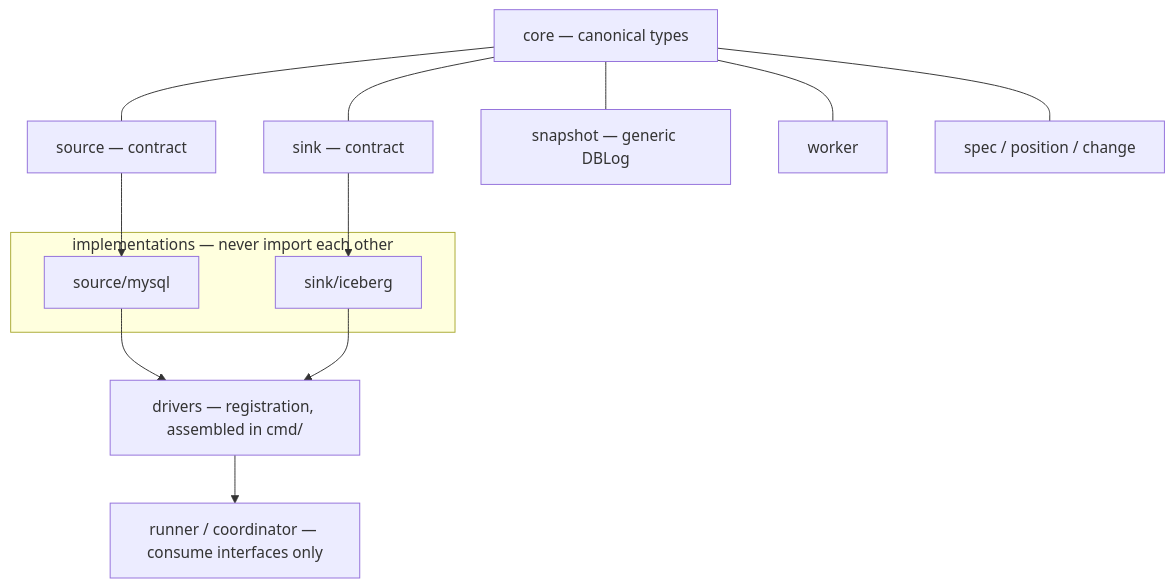
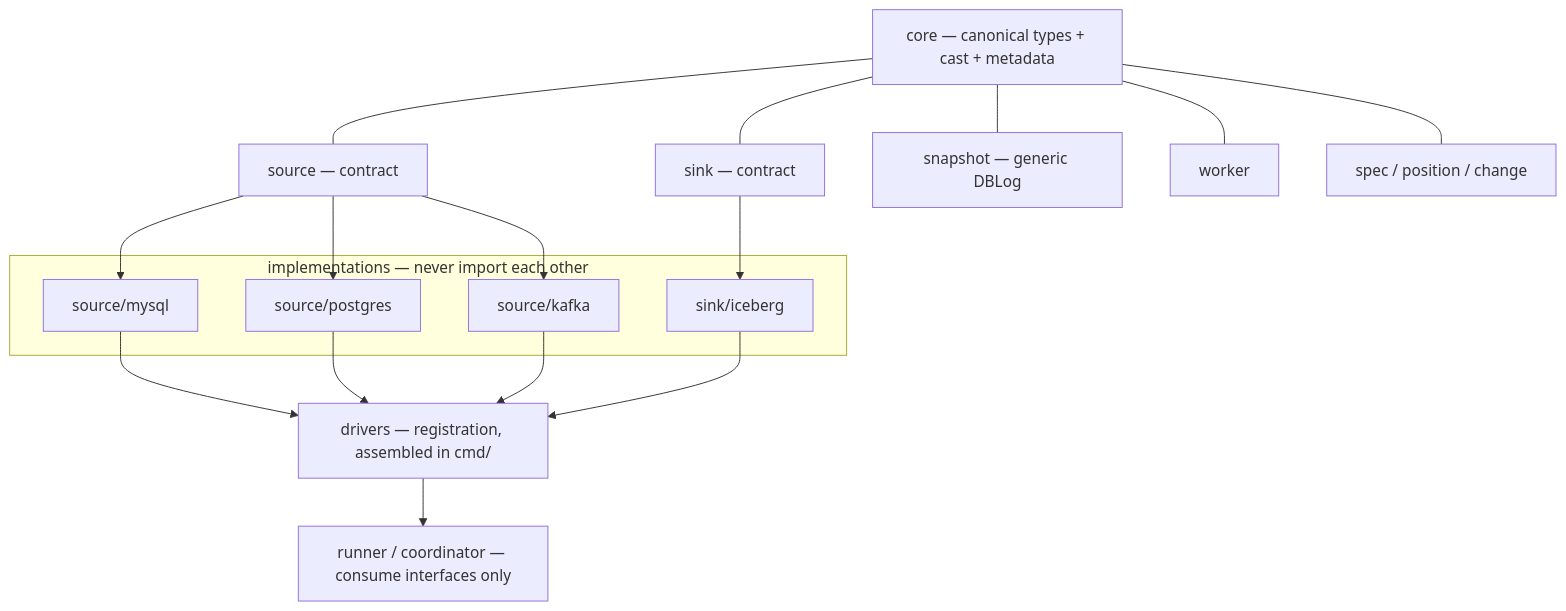
Before and after one commit to maltzsama/urutau: the diagram in README.md, drawn with Mermaid. The commit also changed other lines of this file, not shown here.

First line of the commit message:
docs: update README with Kafka source, metadata columns, and cast

````diff
--- a/README.md
+++ b/README.md
@@ -24,23 +19,25 @@
 ```mermaid
 flowchart TB
-    CORE["core — canonical types"]
+    CORE["core — canonical types + cast + metadata"]
     SRC["source — contract"]
     SNK["sink — contract"]
     SNAP["snapshot — generic DBLog"]
     WRK["worker"]
     STD["spec / position / change"]
 
     subgraph impls ["implementations — never import each other"]
         MYSQL["source/mysql"]
+        PG["source/postgres"]
+        KAFKA["source/kafka"]
         ICE["sink/iceberg"]
     end
 
     DRV["drivers — registration, assembled in cmd/"]
     RUN["runner / coordinator — consume interfaces only"]
 
     CORE --- SRC & SNK & SNAP & WRK & STD
-    SRC --> MYSQL
+    SRC --> MYSQL & PG & KAFKA
     SNK --> ICE
-    MYSQL & ICE --> DRV
+    MYSQL & PG & KAFKA & ICE --> DRV
     DRV --> RUN
 ```
````
